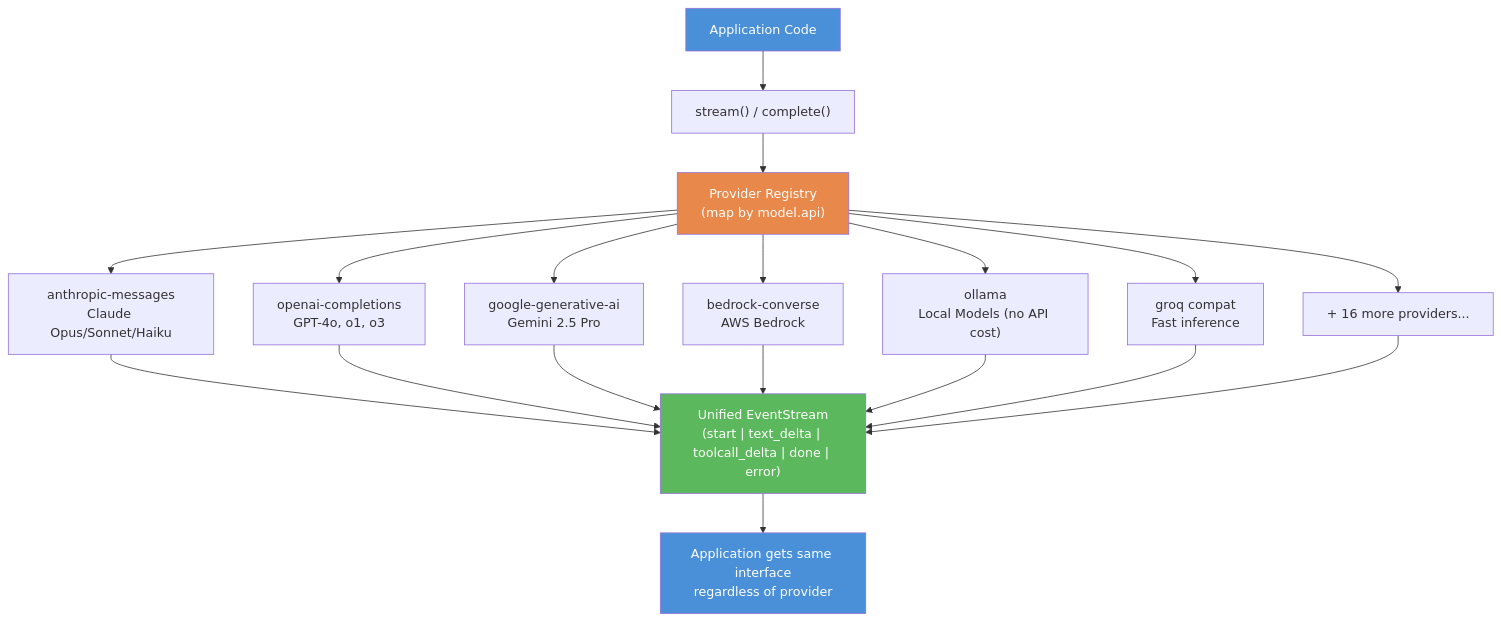
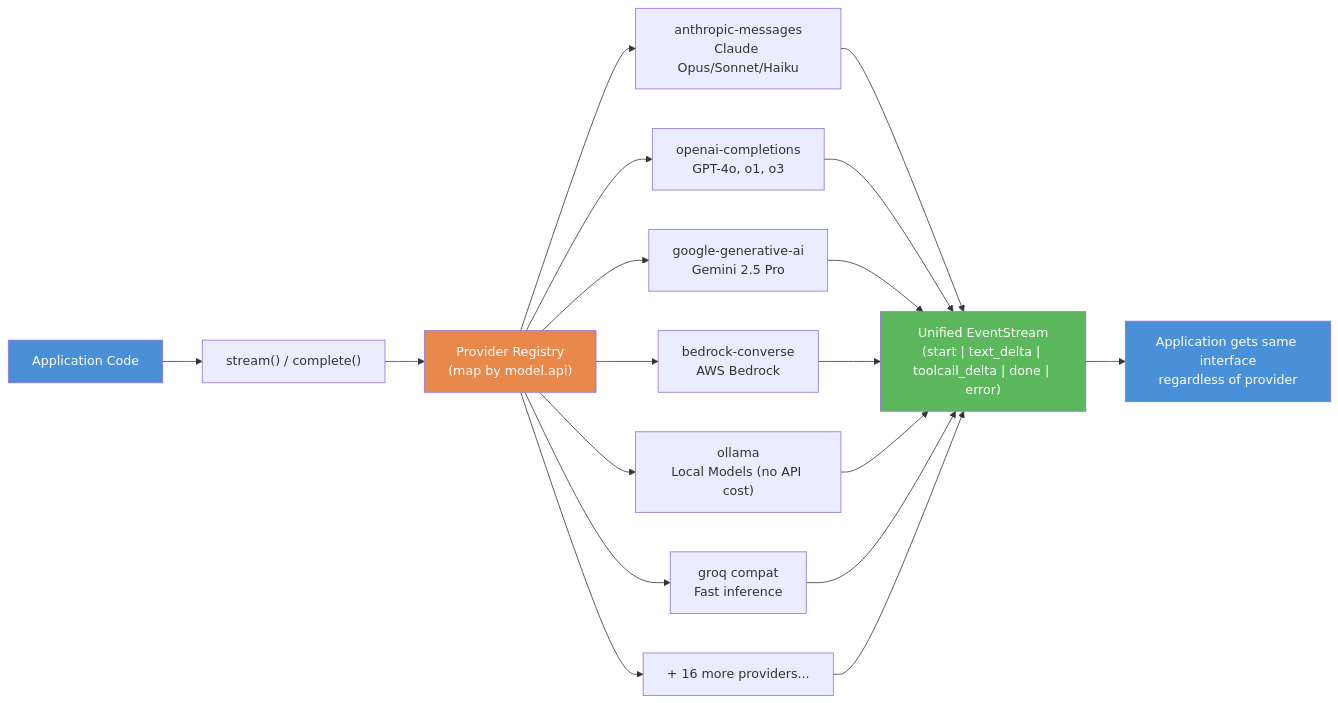
Before and after one commit to dvduongth/research_doc: diagram 12 of 13 in open_claw/presentation/OpenClaw_Architecture_Diagrams.md, drawn with Mermaid. The commit also changed other lines of this file and 3 other files, not shown here.

````diff
--- a/open_claw/presentation/OpenClaw_Architecture_Diagrams.md
+++ b/open_claw/presentation/OpenClaw_Architecture_Diagrams.md
@@ -418,26 +418,26 @@
 ```mermaid
-graph TB
+graph LR
     APP["Application Code"]
     STREAM["stream() / complete()"]
 
     APP --> STREAM
 
     STREAM --> REGISTRY["Provider Registry<br/>(map by model.api)"]
 
     REGISTRY --> ANTHROPIC["anthropic-messages<br/>Claude Opus/Sonnet/Haiku"]
     REGISTRY --> OPENAI["openai-completions<br/>GPT-4o, o1, o3"]
     REGISTRY --> GOOGLE["google-generative-ai<br/>Gemini 2.5 Pro"]
     REGISTRY --> BEDROCK["bedrock-converse<br/>AWS Bedrock"]
     REGISTRY --> OLLAMA["ollama<br/>Local Models (no API cost)"]
     REGISTRY --> GROQ["groq compat<br/>Fast inference"]
     REGISTRY --> MORE["+ 16 more providers..."]
 
     ANTHROPIC & OPENAI & GOOGLE & BEDROCK & OLLAMA & GROQ & MORE --> UNIFIED["Unified EventStream<br/>(start | text_delta | toolcall_delta | done | error)"]
 
     UNIFIED --> APP2["Application gets same interface<br/>regardless of provider"]
 
     style APP fill:#4A90D9,color:#fff
     style REGISTRY fill:#E8884A,color:#fff
     style UNIFIED fill:#5CB85C,color:#fff
     style APP2 fill:#4A90D9,color:#fff
 ```
````
